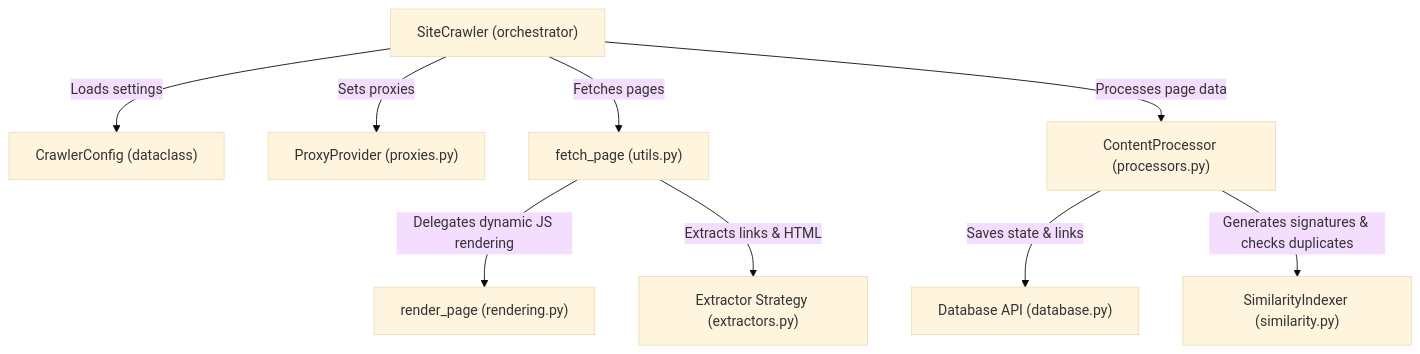
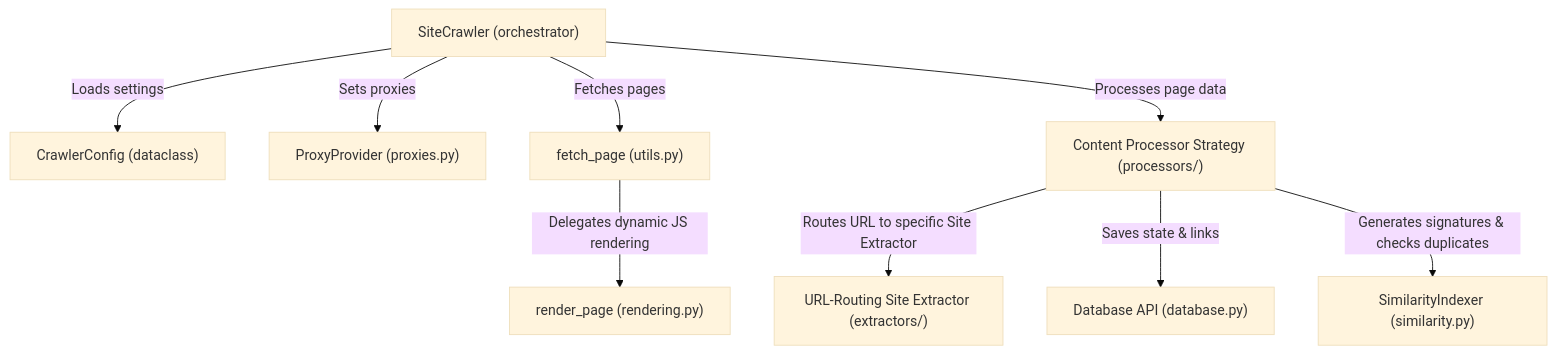
The diagram in docs/c4/c4_component.md (svagionitis/crawler), drawn with Mermaid (base theme) before and after one commit. The commit also changed other lines of this file and 1 other file, not shown here.

First line of the commit message:
c4: update C4 diagrams with site-specific extractor architecture

````diff
--- a/docs/c4/c4_component.md
+++ b/docs/c4/c4_component.md
@@ -54,21 +54,21 @@
 ```mermaid
 graph TD
     SiteCrawler["SiteCrawler (orchestrator)"]
     CrawlerConfig["CrawlerConfig (dataclass)"]
     ProxyProvider["ProxyProvider (proxies.py)"]
     FetchPage["fetch_page (utils.py)"]
     RenderPage["render_page (rendering.py)"]
-    Extractor["Extractor Strategy (extractors.py)"]
-    Processor["ContentProcessor (processors.py)"]
+    Extractor["URL-Routing Site Extractor (extractors/)"]
+    Processor["Content Processor Strategy (processors/)"]
     DatabaseAPI["Database API (database.py)"]
     SimilarityIndexer["SimilarityIndexer (similarity.py)"]
 
     SiteCrawler -->|Loads settings| CrawlerConfig
     SiteCrawler -->|Sets proxies| ProxyProvider
     SiteCrawler -->|Fetches pages| FetchPage
     FetchPage -->|Delegates dynamic JS rendering| RenderPage
-    FetchPage -->|Extracts links & HTML| Extractor
     SiteCrawler -->|Processes page data| Processor
+    Processor -->|Routes URL to specific Site Extractor| Extractor
     Processor -->|Saves state & links| DatabaseAPI
     Processor -->|Generates signatures & checks duplicates| SimilarityIndexer
 ```
````
